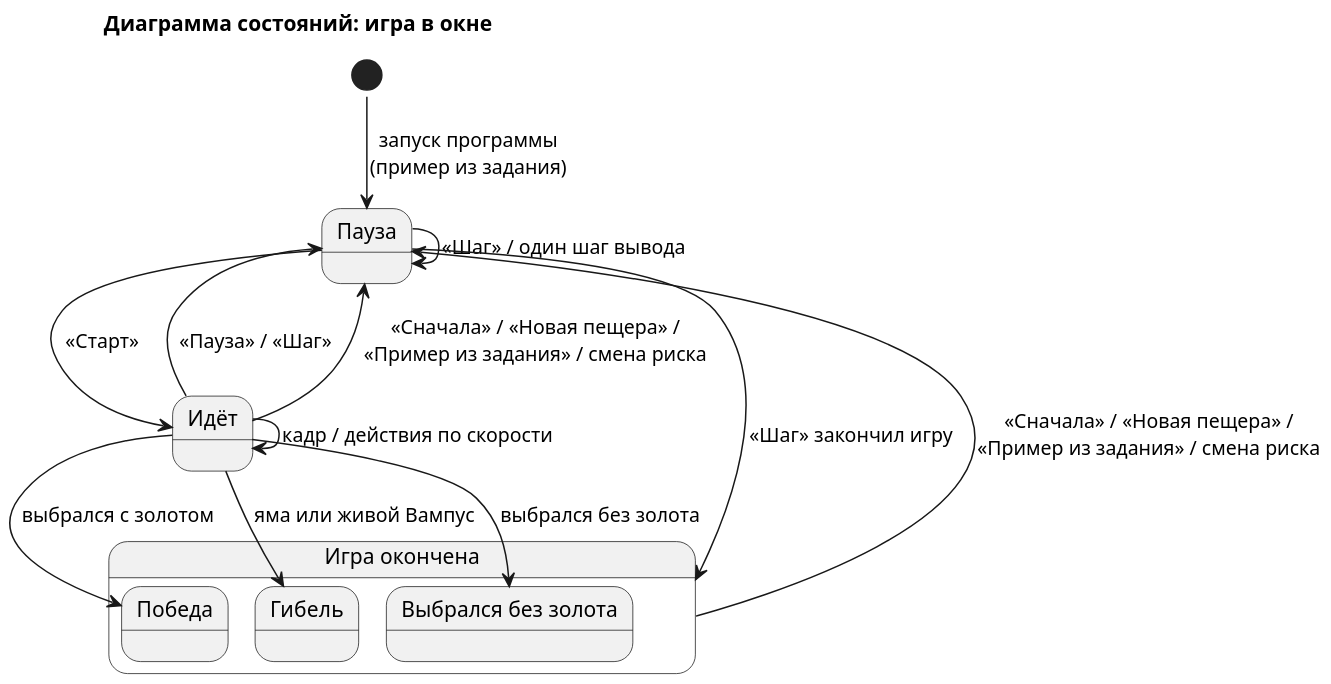
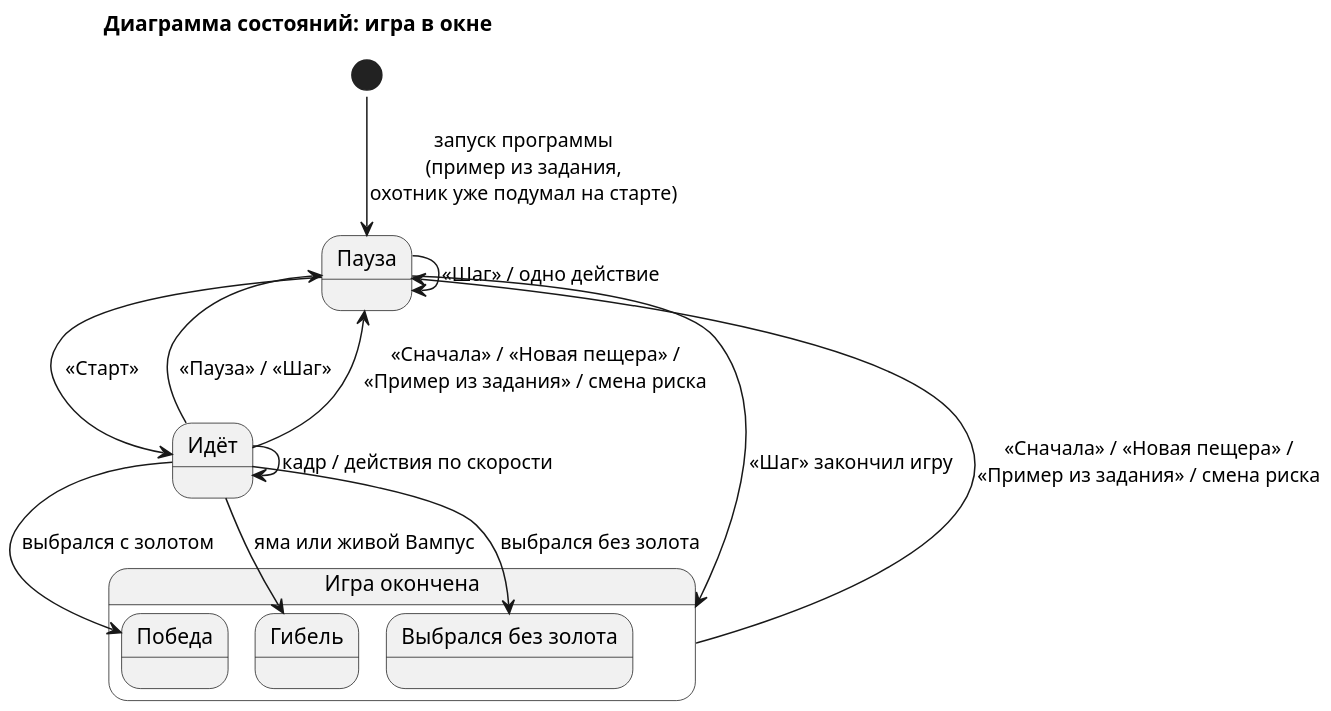
Before and after one commit to azatmn/wumpus-world: the diagram in docs/uml/state_game.puml, drawn with PlantUML. The commit also changed 17 other files, not shown here.

```diff
--- a/docs/uml/state_game.puml
+++ b/docs/uml/state_game.puml
@@ -1,24 +1,24 @@
 @startuml state_game
 !pragma layout smetana
 skinparam dpi 150
 skinparam defaultFontName Arial
 skinparam shadowing false
 title Диаграмма состояний: игра в окне
 
-[*] --> Пауза : запуск программы\n(пример из задания)
+[*] --> Пауза : запуск программы\n(пример из задания,\nохотник уже подумал на старте)
 Пауза --> Идёт : «Старт»
 Идёт --> Пауза : «Пауза» / «Шаг»
-Пауза --> Пауза : «Шаг» / один шаг вывода
+Пауза --> Пауза : «Шаг» / одно действие
 Идёт --> Идёт : кадр / действия по скорости
 state "Игра окончена" as Over {
   state "Победа" as Won
   state "Гибель" as Dead
   state "Выбрался без золота" as Left
 }
 Идёт --> Won : выбрался с золотом
 Идёт --> Dead : яма или живой Вампус
 Идёт --> Left : выбрался без золота
 Пауза --> Over : «Шаг» закончил игру
 Over --> Пауза : «Сначала» / «Новая пещера» /\n«Пример из задания» / смена риска
 Идёт --> Пауза : «Сначала» / «Новая пещера» /\n«Пример из задания» / смена риска
 @enduml
```
